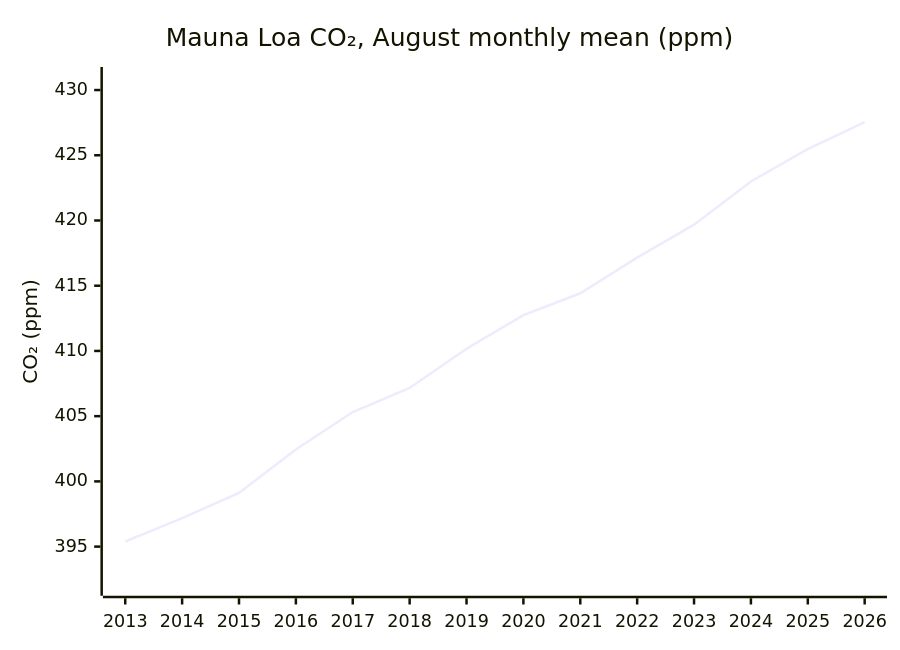
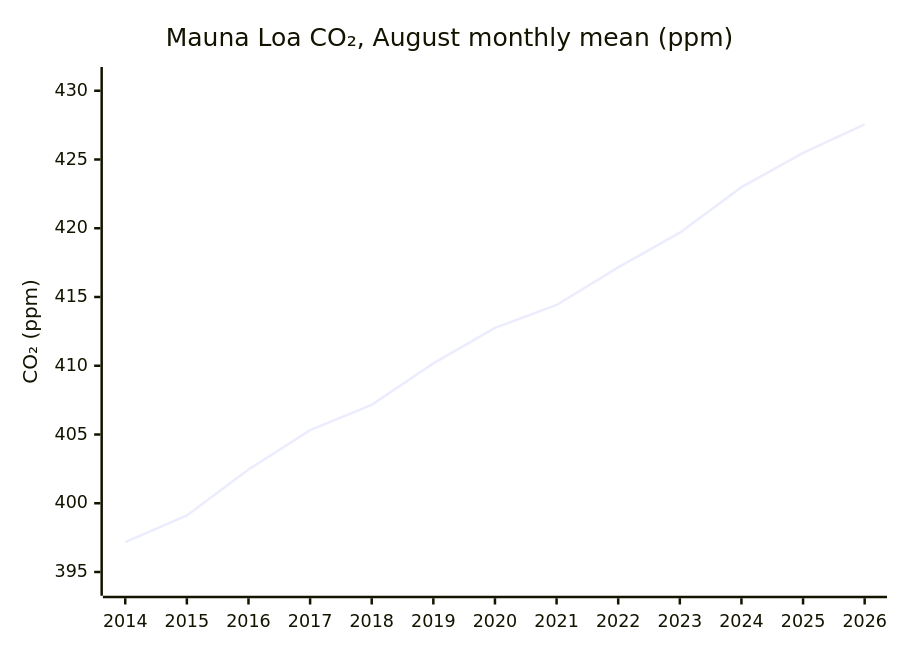
One commit to pasky/grand-endeavors changed the first of 2 diagrams in pilot-2026-W38/climate.md. Above: the diagram before and after it, drawn with Mermaid. The commit also changed other lines of this file, not shown here.

Commit message:
pilot-2026-W38 climate: bulletin draft

````diff
--- a/pilot-2026-W38/climate.md
+++ b/pilot-2026-W38/climate.md
@@ -52,8 +54,8 @@
 ```mermaid
 xychart-beta
-    %% kpi: climate co2-mlo-monthly --match '*-08' --since 2013 --label year
+    %% kpi: climate co2-mlo-monthly --match '*-08' --since 2014 --label year
     title "Mauna Loa CO₂, August monthly mean (ppm)"
-    x-axis [2013, 2014, 2015, 2016, 2017, 2018, 2019, 2020, 2021, 2022, 2023, 2024, 2025, 2026]
-    y-axis "CO₂ (ppm)" 392 --> 431
-    line [395.39, 397.18, 399.11, 402.45, 405.32, 407.16, 410.17, 412.75, 414.42, 417.15, 419.68, 422.99, 425.48, 427.55]
+    x-axis [2014, 2015, 2016, 2017, 2018, 2019, 2020, 2021, 2022, 2023, 2024, 2025, 2026]
+    y-axis "CO₂ (ppm)" 394 --> 431
+    line [397.18, 399.11, 402.45, 405.32, 407.16, 410.17, 412.75, 414.42, 417.15, 419.68, 422.99, 425.48, 427.55]
 ```
````
